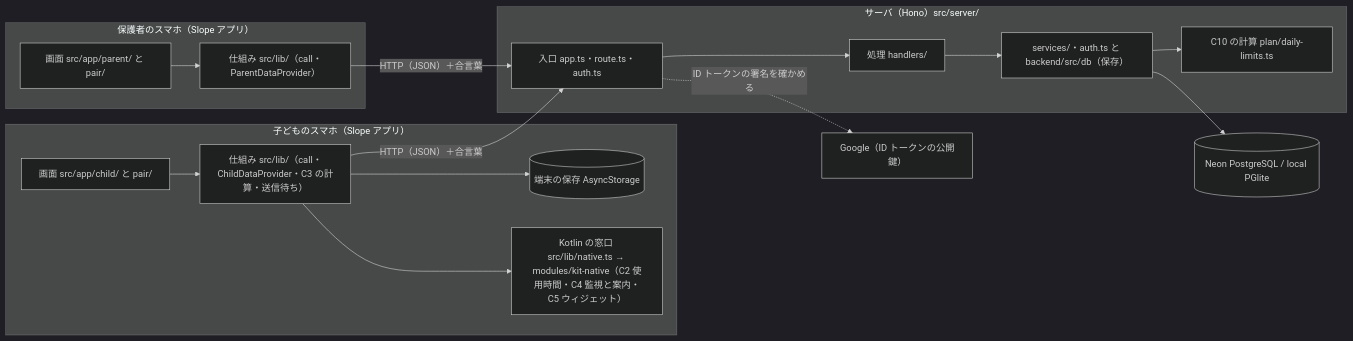
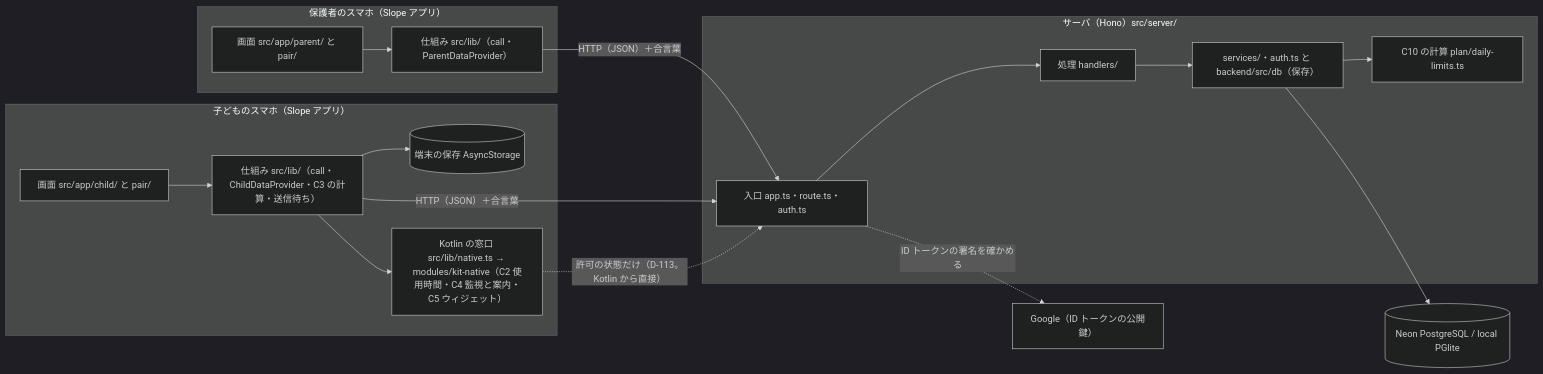
The first of 3 diagrams in docs/architecture.md (jphacks/sp_2602), drawn with Mermaid (dark theme) before and after one commit. The commit also changed other lines of this file and 38 other files, not shown here.

````diff
--- a/docs/architecture.md
+++ b/docs/architecture.md
@@ -8,32 +8,33 @@
 ```mermaid
 flowchart LR
   subgraph PD["保護者のスマホ（Slope アプリ）"]
     PA["画面 src/app/parent/ と pair/"]
     PL["仕組み src/lib/（call・ParentDataProvider）"]
   end
   subgraph CD["子どものスマホ（Slope アプリ）"]
     CA["画面 src/app/child/ と pair/"]
     CL["仕組み src/lib/（call・ChildDataProvider・C3 の計算・送信待ち）"]
     CS[("端末の保存 AsyncStorage")]
     K["Kotlin の窓口 src/lib/native.ts → modules/kit-native（C2 使用時間・C4 監視と案内・C5 ウィジェット）"]
   end
   subgraph SV["サーバ（Hono）src/server/"]
     R["入口 app.ts・route.ts・auth.ts"]
     H["処理 handlers/"]
     SVC["services/・auth.ts と backend/src/db（保存）"]
     C10["C10 の計算 plan/daily-limits.ts"]
   end
   G["Google（ID トークンの公開鍵）"]
   DB[("Neon PostgreSQL / local PGlite")]
 
   PA --> PL
   CA --> CL
   CL --> CS
   CL --> K
   PL -- "HTTP（JSON）＋合言葉" --> R
   CL -- "HTTP（JSON）＋合言葉" --> R
+  K -. "許可の状態だけ（D-113。Kotlin から直接）" .-> R
   R --> H
   H --> SVC --> DB
   SVC --> C10
   R -.->|"ID トークンの署名を確かめる"| G
 ```
````
